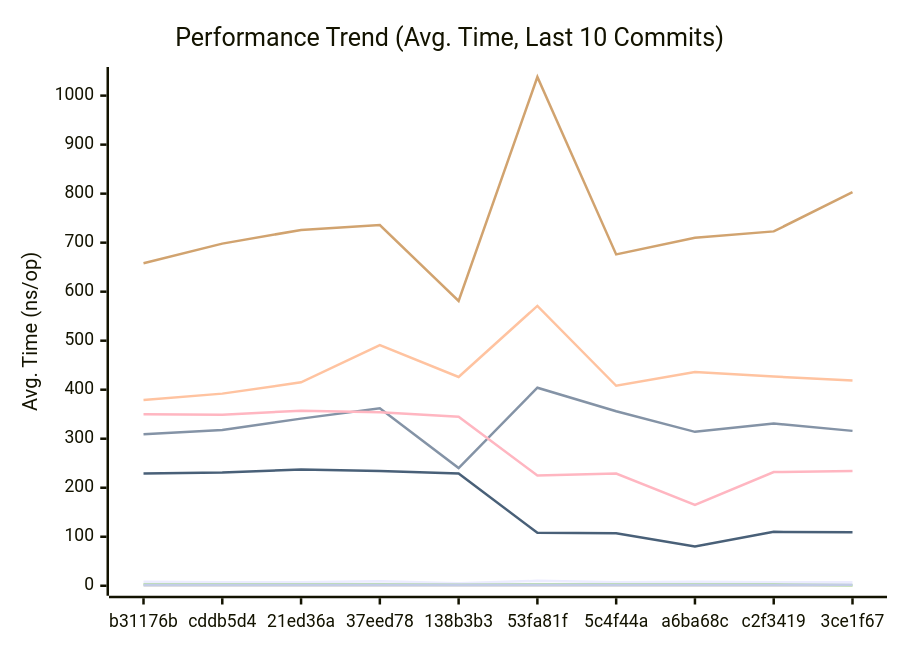
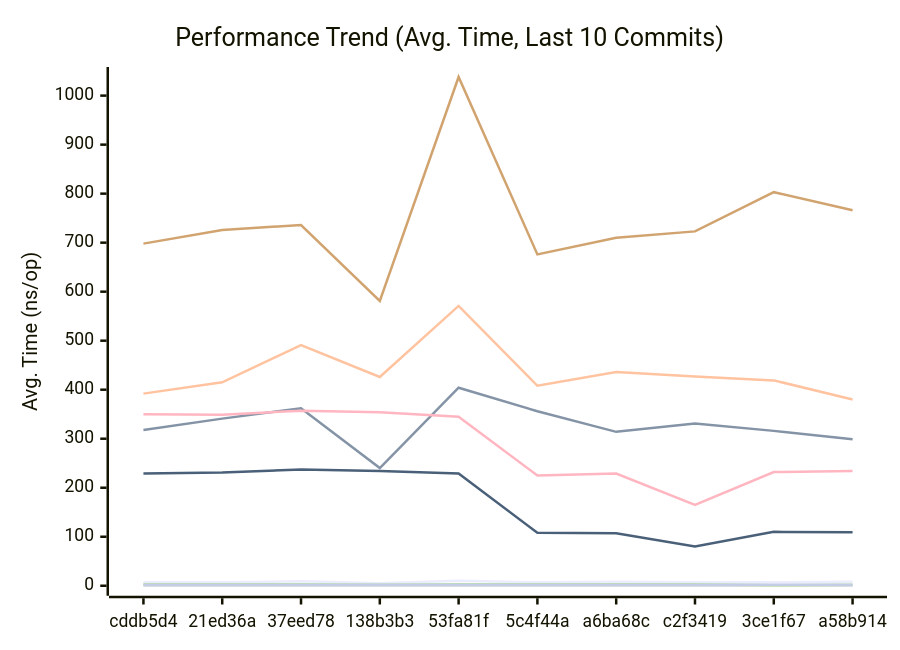
The first of 3 diagrams in docs/PERFORMANCE.md (alsotoes/momo), drawn with Mermaid before and after one commit. The commit also changed other lines of this file and 2 other files, not shown here.

````diff
--- a/docs/PERFORMANCE.md
+++ b/docs/PERFORMANCE.md
@@ -82,16 +80,16 @@
 ```mermaid
 xychart-beta
     title "Performance Trend (Avg. Time, Last 10 Commits)"
     x-axis "Commit"
     y-axis "Avg. Time (ns/op)"
-    x-axis [b31176b,cddb5d4,21ed36a,37eed78,138b3b3,53fa81f,5c4f44a,a6ba68c,c2f3419,3ce1f67]
-    line "CheckMetricsAndSwap" [8,7,7,9,5,10,7,8,7,7]
-    line "CrushOptimized" [309,318,341,362,240,404,356,314,331,316]
-    line "CrushOriginal" [379,392,415,491,426,571,408,436,427,419]
+    x-axis [cddb5d4,21ed36a,37eed78,138b3b3,53fa81f,5c4f44a,a6ba68c,c2f3419,3ce1f67,a58b914]
+    line "CheckMetricsAndSwap" [7,7,9,5,10,7,8,7,7,8]
+    line "CrushOptimized" [318,341,362,240,404,356,314,331,316,299]
+    line "CrushOriginal" [392,415,491,426,571,408,436,427,419,380]
     line "IndexDirectTracking" [0,0,0,0,0,0,0,0,0,0]
-    line "IndexSearch" [3,3,3,3,2,3,3,3,3,1]
-    line "LoadGlobalConfig" [658,698,726,736,581,1038,676,710,723,803]
+    line "IndexSearch" [3,3,3,2,3,3,3,3,1,2]
+    line "LoadGlobalConfig" [698,726,736,581,1038,676,710,723,803,766]
     line "PadString" [2,2,2,2,2,2,2,2,2,2]
     line "ParseReplicationOrder_NoPrealloc" [350,349,357,354,345,225,229,165,232,234]
     line "ParseReplicationOrder_Prealloc" [229,231,237,234,229,108,107,80,110,109]
 ```
````
